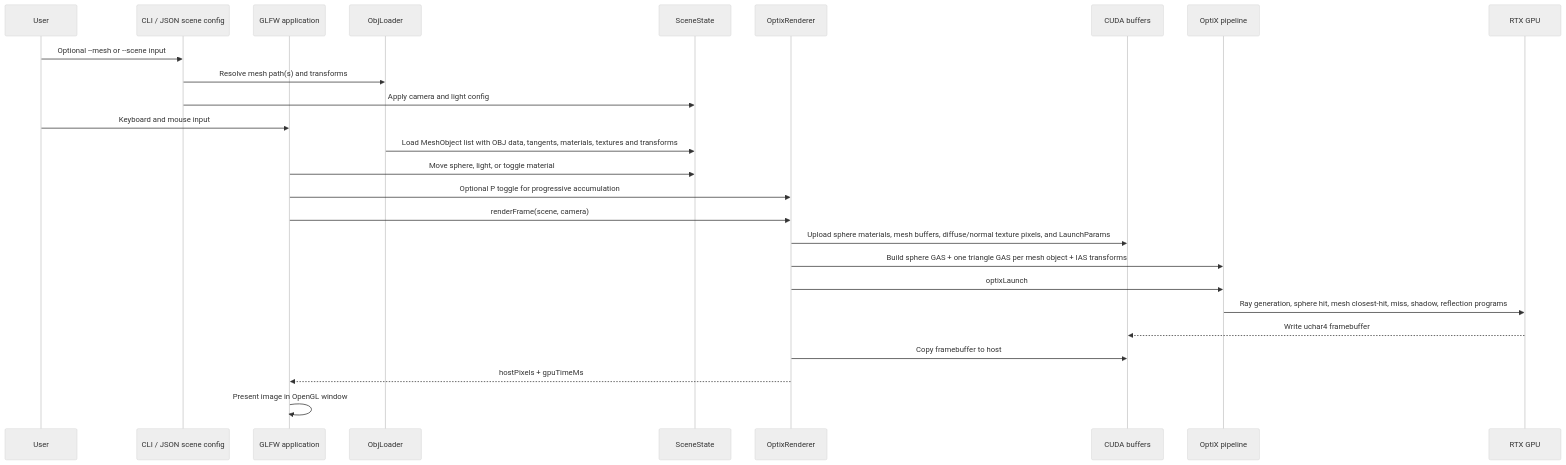
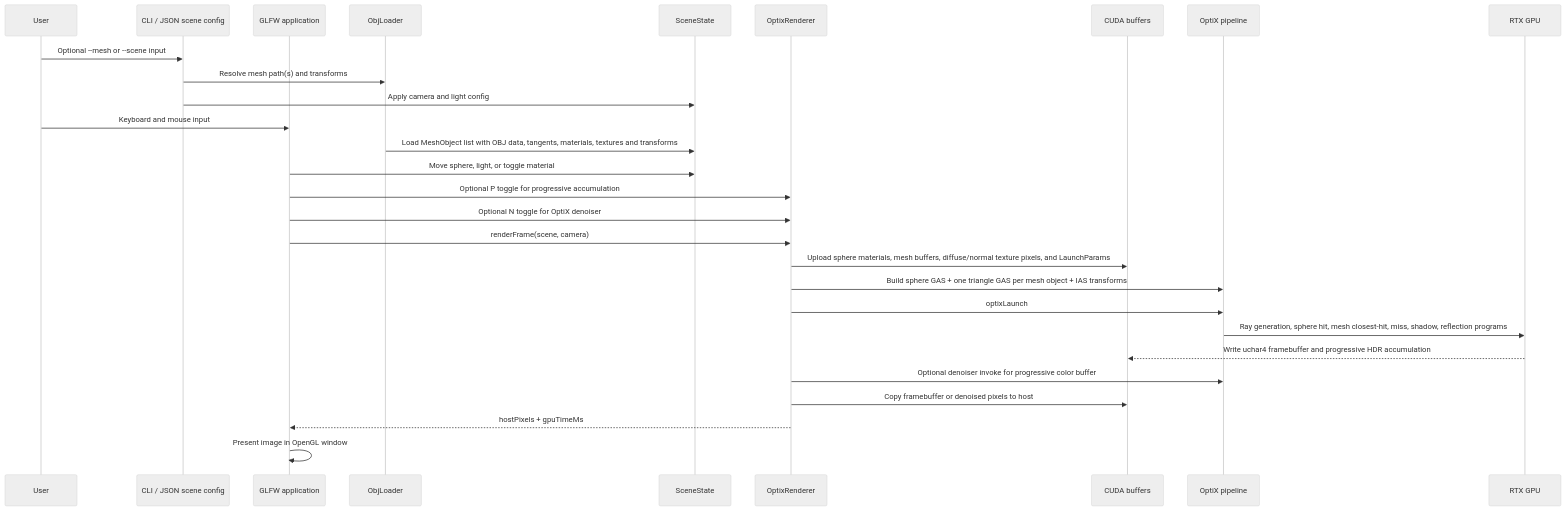
The second of 4 diagrams in RayTracerRTX/docs/architecture.md (Tundraws/RayTracer), drawn with Mermaid (neutral theme) before and after one commit. The commit also changed other lines of this file and 10 other files, not shown here.

Commit message:
feat: add optional optix denoiser

````diff
--- a/RayTracerRTX/docs/architecture.md
+++ b/RayTracerRTX/docs/architecture.md
@@ -49,29 +49,31 @@
 ```mermaid
 sequenceDiagram
     participant User
     participant Args as CLI / JSON scene config
     participant App as GLFW application
     participant ObjLoader as ObjLoader
     participant Scene as SceneState
     participant Renderer as OptixRenderer
     participant CUDA as CUDA buffers
     participant OptiX as OptiX pipeline
     participant GPU as RTX GPU
 
     User->>Args: Optional --mesh or --scene input
     Args->>ObjLoader: Resolve mesh path(s) and transforms
     Args->>Scene: Apply camera and light config
     User->>App: Keyboard and mouse input
     ObjLoader->>Scene: Load MeshObject list with OBJ data, tangents, materials, textures and transforms
     App->>Scene: Move sphere, light, or toggle material
     App->>Renderer: Optional P toggle for progressive accumulation
+    App->>Renderer: Optional N toggle for OptiX denoiser
     App->>Renderer: renderFrame(scene, camera)
     Renderer->>CUDA: Upload sphere materials, mesh buffers, diffuse/normal texture pixels, and LaunchParams
     Renderer->>OptiX: Build sphere GAS + one triangle GAS per mesh object + IAS transforms
     Renderer->>OptiX: optixLaunch
     OptiX->>GPU: Ray generation, sphere hit, mesh closest-hit, miss, shadow, reflection programs
-    GPU-->>CUDA: Write uchar4 framebuffer
-    Renderer->>CUDA: Copy framebuffer to host
+    GPU-->>CUDA: Write uchar4 framebuffer and progressive HDR accumulation
+    Renderer->>OptiX: Optional denoiser invoke for progressive color buffer
+    Renderer->>CUDA: Copy framebuffer or denoised pixels to host
     Renderer-->>App: hostPixels + gpuTimeMs
     App->>App: Present image in OpenGL window
 ```
````
